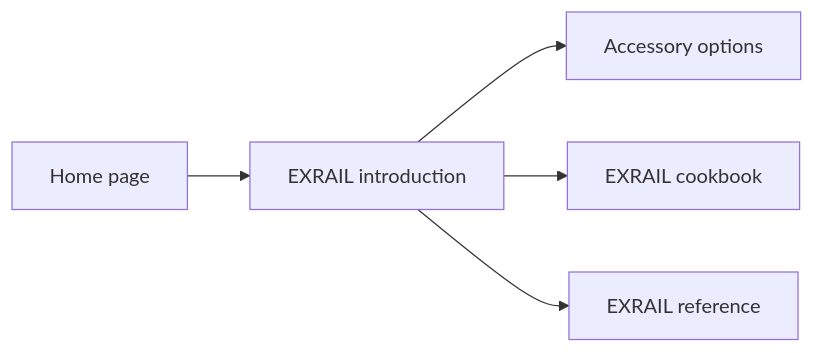
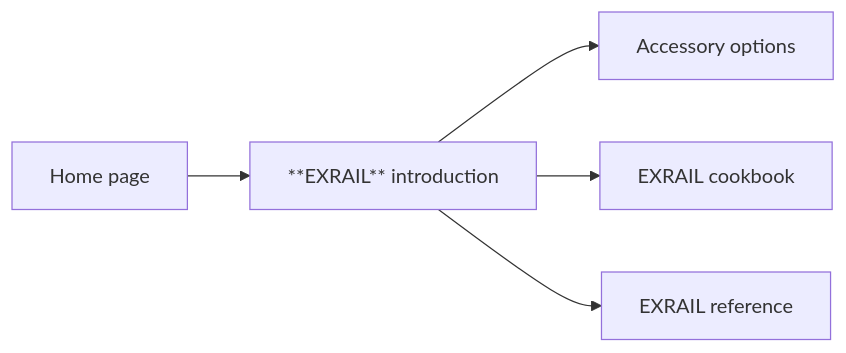
One commit to DCC-EX/mkdocs-test changed the fifth of 7 diagrams in docs/contributing/user-journeys.md. Above: the diagram before and after it, drawn with Mermaid. The commit also changed other lines of this file and 70 other files, not shown here.

````diff
--- a/docs/contributing/user-journeys.md
+++ b/docs/contributing/user-journeys.md
@@ -54,7 +54,7 @@
 ```mermaid
 graph LR
-    A[Home page] --> B[EXRAIL introduction];
+    A[Home page] --> B[**EXRAIL** introduction];
     B --> C[Accessory options];
     B --> D[EXRAIL cookbook];
     B --> E[EXRAIL reference];
 ```
````
